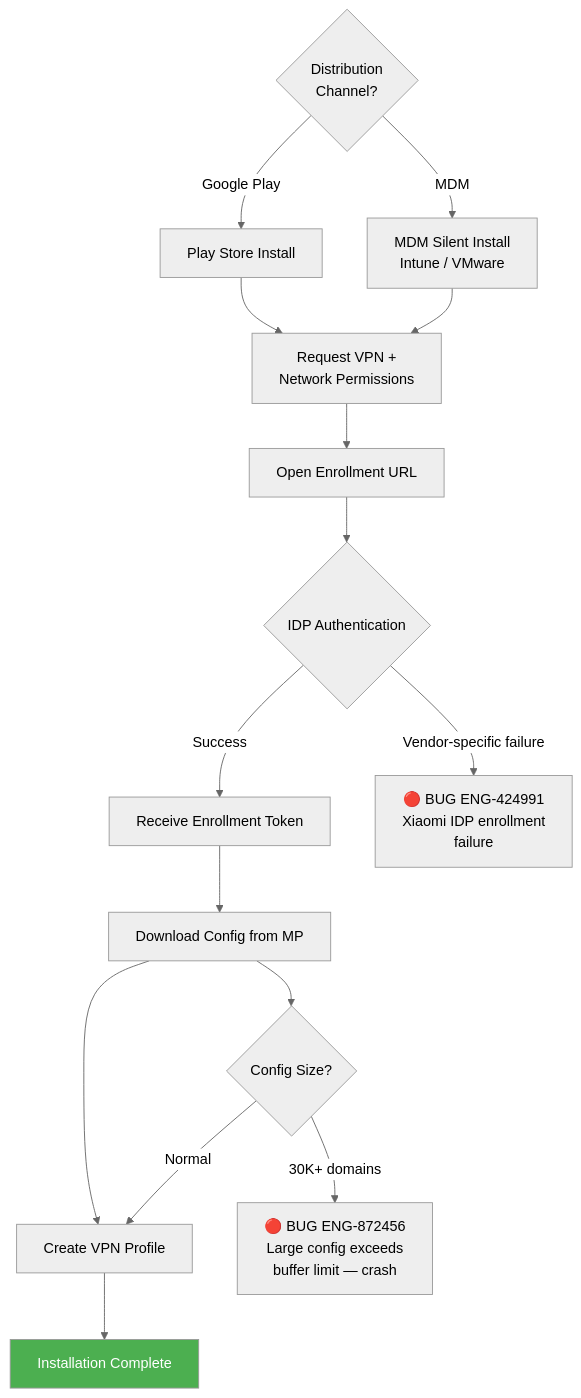
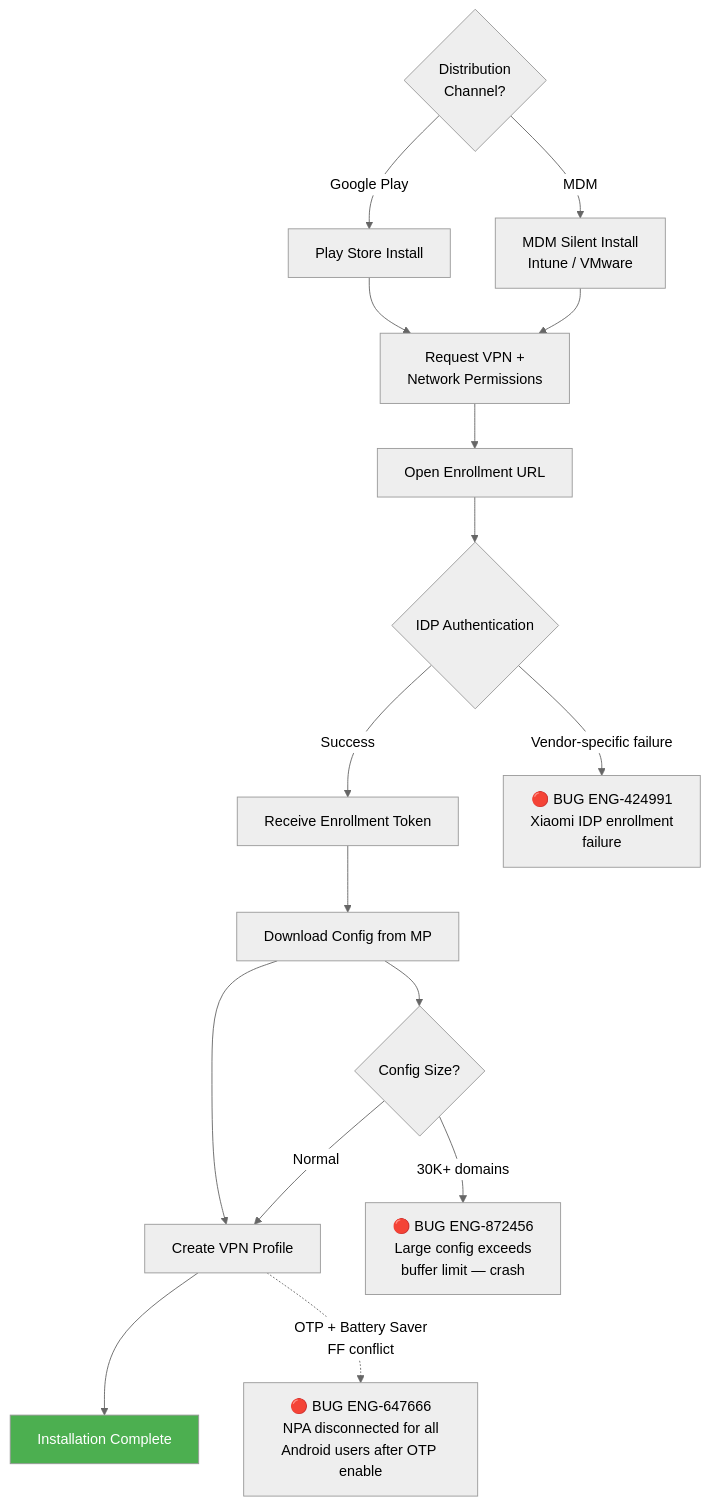
One commit to ns-klin/endpoint_system_test_plan changed the tenth of 15 diagrams in chapters/01_installation.md. Above: the diagram before and after it, drawn with Mermaid (neutral theme). The commit also changed other lines of this file and 26 other files, not shown here.

First line of the commit message:
Add 87 bugs from Excel enrichment and integrate into mermaid diagrams

````diff
--- a/chapters/01_installation.md
+++ b/chapters/01_installation.md
@@ -741,23 +755,25 @@
 ```mermaid
 flowchart TD
     START{Distribution<br/>Channel?} -->|Google Play| PLAY[Play Store Install]
     START -->|MDM| MDM[MDM Silent Install<br/>Intune / VMware]
 
     PLAY --> PERM[Request VPN +<br/>Network Permissions]
     MDM --> PERM
 
     PERM --> ENROLL[Open Enrollment URL]
     ENROLL --> IDP{IDP Authentication}
     IDP -->|Success| TOKEN[Receive Enrollment Token]
     IDP -->|Vendor-specific failure| BUG_XIAOMI["🔴 BUG ENG-424991<br/>Xiaomi IDP enrollment<br/>failure"]
 
     TOKEN --> CONFIG[Download Config from MP]
     CONFIG --> VPN_PROFILE[Create VPN Profile]
     VPN_PROFILE --> DONE[Installation Complete]
 
     CONFIG --> LARGE_CHECK{Config Size?}
     LARGE_CHECK -->|Normal| VPN_PROFILE
     LARGE_CHECK -->|30K+ domains| BUG_LARGE["🔴 BUG ENG-872456<br/>Large config exceeds<br/>buffer limit — crash"]
 
+    VPN_PROFILE -.->|OTP + Battery Saver<br/>FF conflict| BUG_OTPNPA["🔴 BUG ENG-647666<br/>NPA disconnected for all<br/>Android users after OTP enable"]
+
     style DONE fill:#4CAF50,color:#fff
 ```
````
